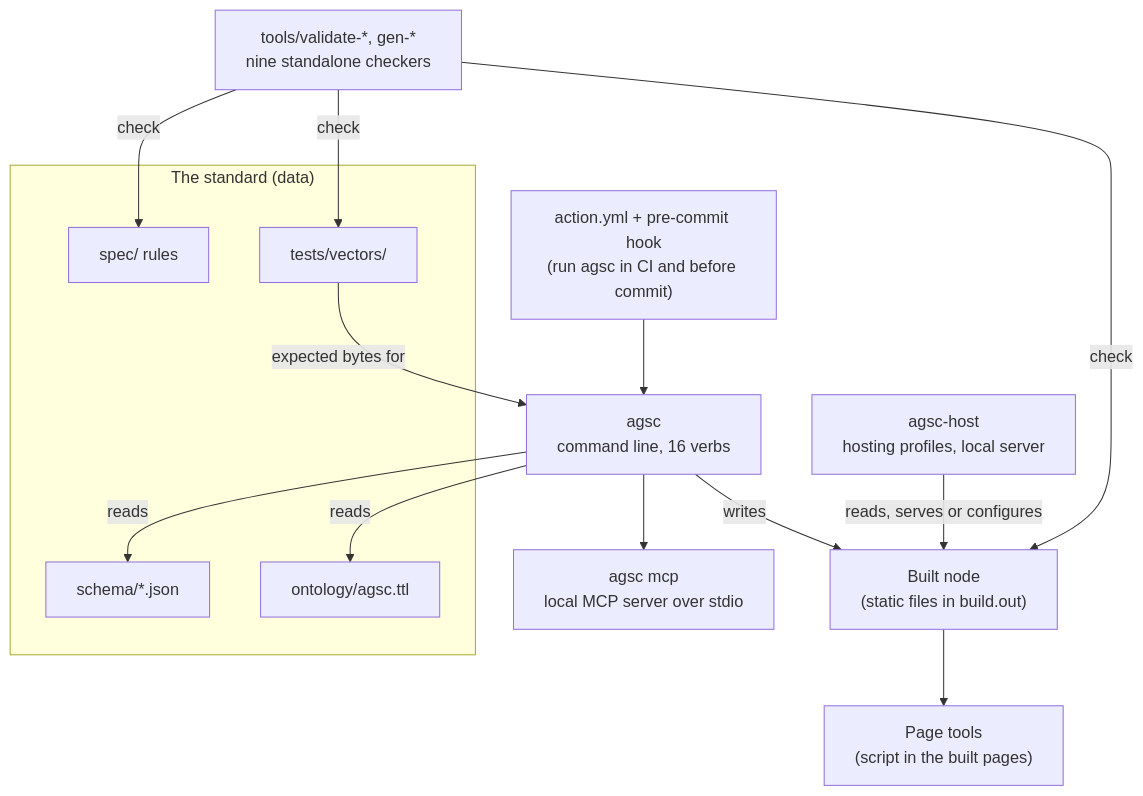
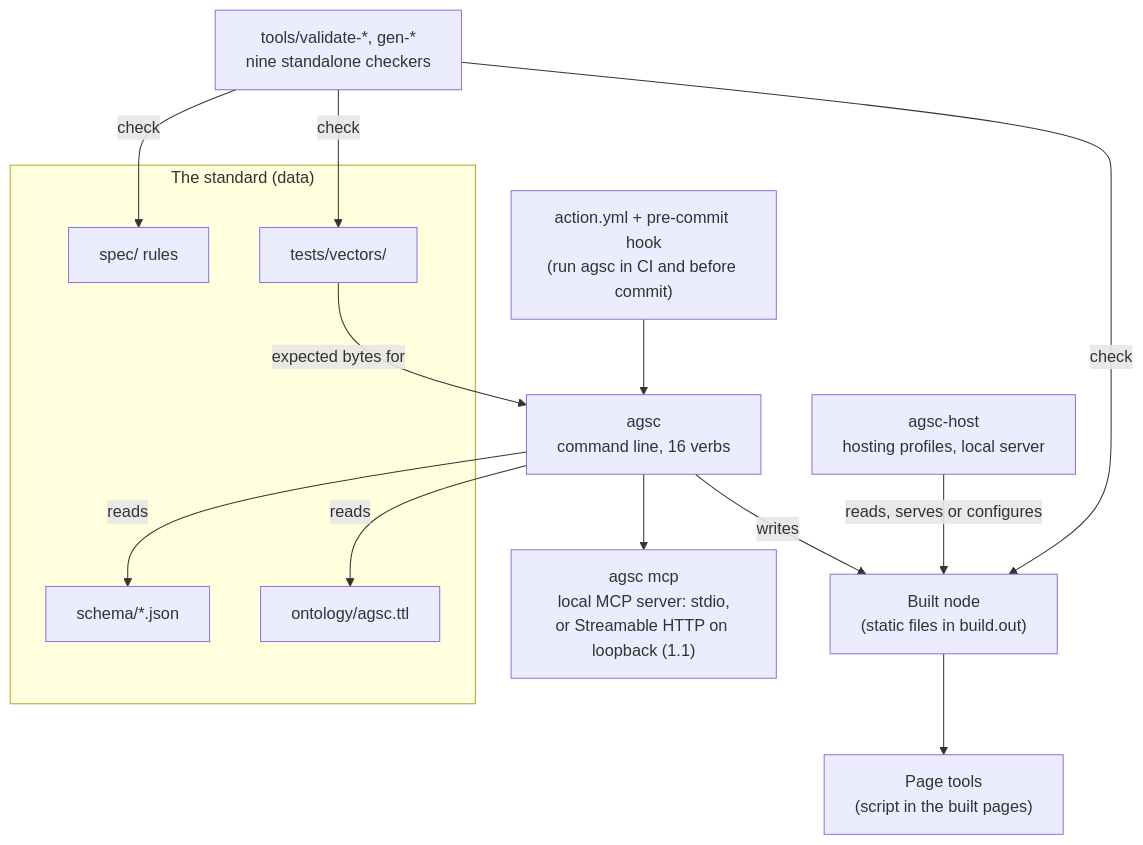
Before and after one commit to andreibesleaga/agentic-system-core: the diagram in docs/diagrams/arch-c4-container.md, drawn with Mermaid. The commit also changed other lines of this file and 33 other files, not shown here.

````diff
--- a/docs/diagrams/arch-c4-container.md
+++ b/docs/diagrams/arch-c4-container.md
@@ -7,27 +7,27 @@
 ```mermaid
 flowchart TB
   subgraph STD["The standard (data)"]
     SPEC["spec/ rules"]
     SCH["schema/*.json"]
     ONT["ontology/agsc.ttl"]
     VEC["tests/vectors/"]
   end
   CLI["agsc<br/>command line, 16 verbs"]
   HOSTC["agsc-host<br/>hosting profiles, local server"]
-  MCP["agsc mcp<br/>local MCP server over stdio"]
+  MCP["agsc mcp<br/>local MCP server: stdio,<br/>or Streamable HTTP on loopback (1.1)"]
   CHK["tools/validate-*, gen-*<br/>nine standalone checkers"]
   OUT["Built node<br/>(static files in build.out)"]
   PAGE["Page tools<br/>(script in the built pages)"]
   ACT["action.yml + pre-commit hook<br/>(run agsc in CI and before commit)"]
   CLI -->|reads| SCH
   CLI -->|reads| ONT
   CLI -->|writes| OUT
   OUT --> PAGE
   CLI --> MCP
   HOSTC -->|reads, serves or configures| OUT
   CHK -->|check| SPEC
   CHK -->|check| VEC
   CHK -->|check| OUT
   ACT --> CLI
   VEC -->|expected bytes for| CLI
 ```
````
